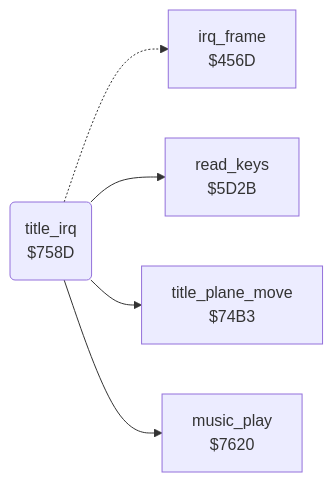
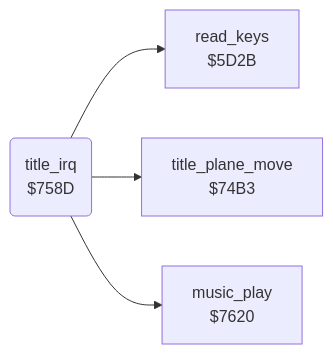
Before and after one commit to henols/c64_games: the diagram in blue_max/docs/reference/modules/irq/title_irq.md, drawn with Mermaid. The commit also changed other lines of this file and 1100 other files, not shown here.

````diff
--- a/blue_max/docs/reference/modules/irq/title_irq.md
+++ b/blue_max/docs/reference/modules/irq/title_irq.md
@@ -10,12 +16,10 @@
 ```mermaid
 flowchart LR
-  n456d["irq_frame<br/>$456D"]
   n5d2b["read_keys<br/>$5D2B"]
   n74b3["title_plane_move<br/>$74B3"]
   n758d("title_irq<br/>$758D")
   n7620["music_play<br/>$7620"]
-  n758d -.-> n456d
   n758d --> n5d2b
   n758d --> n74b3
   n758d --> n7620
 ```
````
